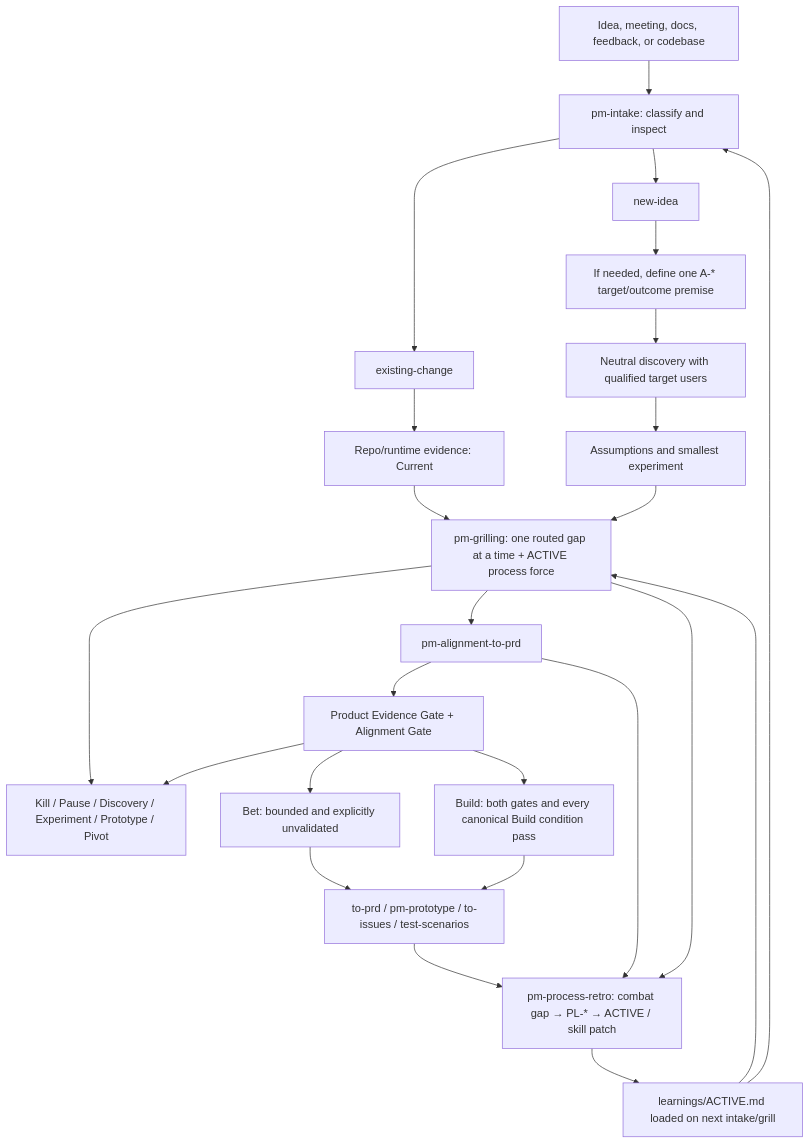
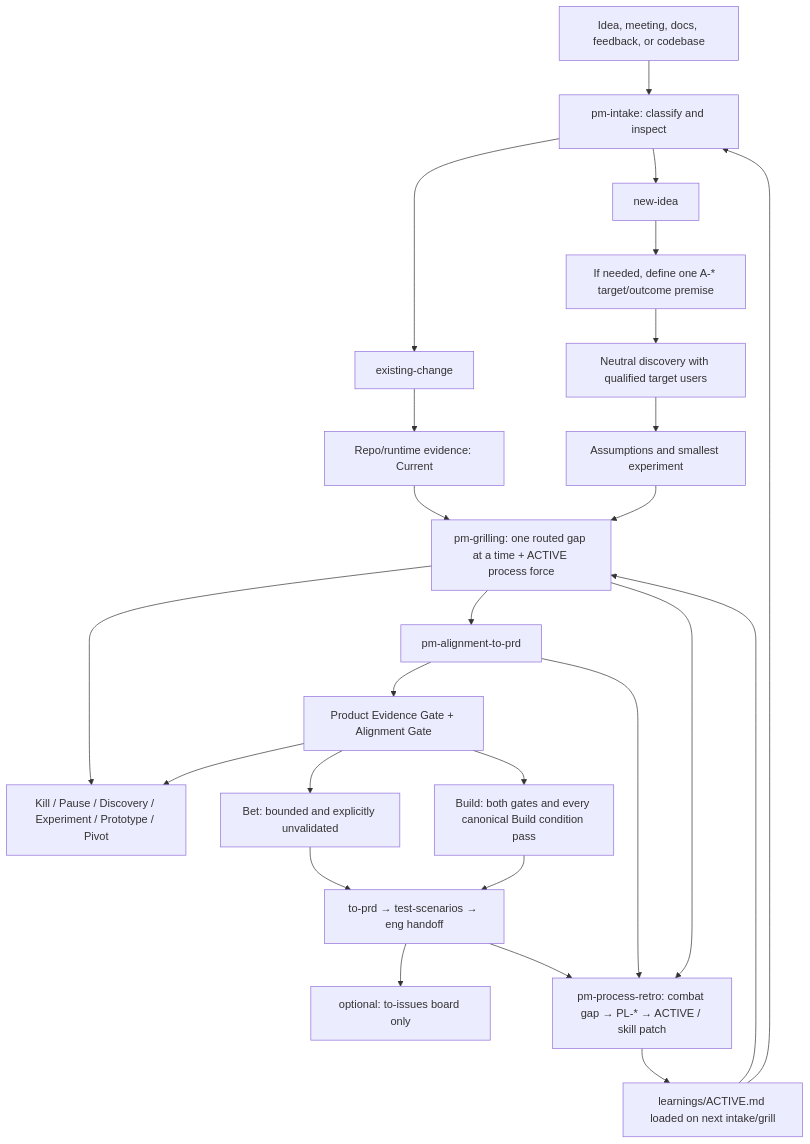
Before and after one commit to cswfww123/wen-pm: the diagram in README.md, drawn with Mermaid. The commit also changed other lines of this file and 6 other files, not shown here.

````diff
--- a/README.md
+++ b/README.md
@@ -77,26 +77,27 @@
 ```mermaid
 flowchart TD
   A["Idea, meeting, docs, feedback, or codebase"] --> B["pm-intake: classify and inspect"]
   B --> C["existing-change"]
   B --> D["new-idea"]
   C --> C1["Repo/runtime evidence: Current"]
   C1 --> E0["pm-grilling: one routed gap at a time + ACTIVE process force"]
   D --> D0["If needed, define one A-* target/outcome premise"]
   D0 --> D1["Neutral discovery with qualified target users"]
   D1 --> D2["Assumptions and smallest experiment"]
   D2 --> E0
   E0 --> E["Kill / Pause / Discovery / Experiment / Prototype / Pivot"]
   E0 --> F["pm-alignment-to-prd"]
   F --> G["Product Evidence Gate + Alignment Gate"]
   G --> E
   G --> H["Bet: bounded and explicitly unvalidated"]
   G --> I["Build: both gates and every canonical Build condition pass"]
-  H --> J["to-prd / pm-prototype / to-issues / test-scenarios"]
+  H --> J["to-prd → test-scenarios → eng handoff"]
   I --> J
+  J --> K["optional: to-issues board only"]
   E0 --> R["pm-process-retro: combat gap → PL-* → ACTIVE / skill patch"]
   F --> R
   J --> R
   R --> ACTIVE["learnings/ACTIVE.md loaded on next intake/grill"]
   ACTIVE --> B
   ACTIVE --> E0
 ```
````
